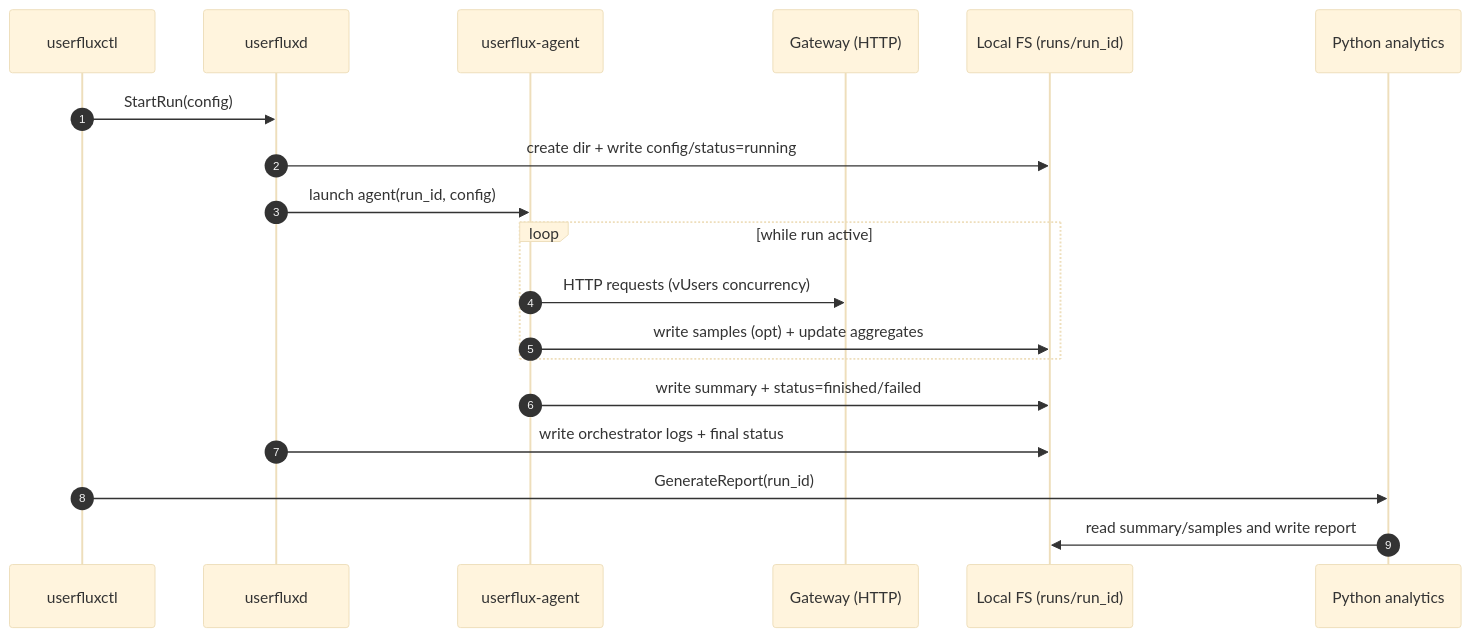
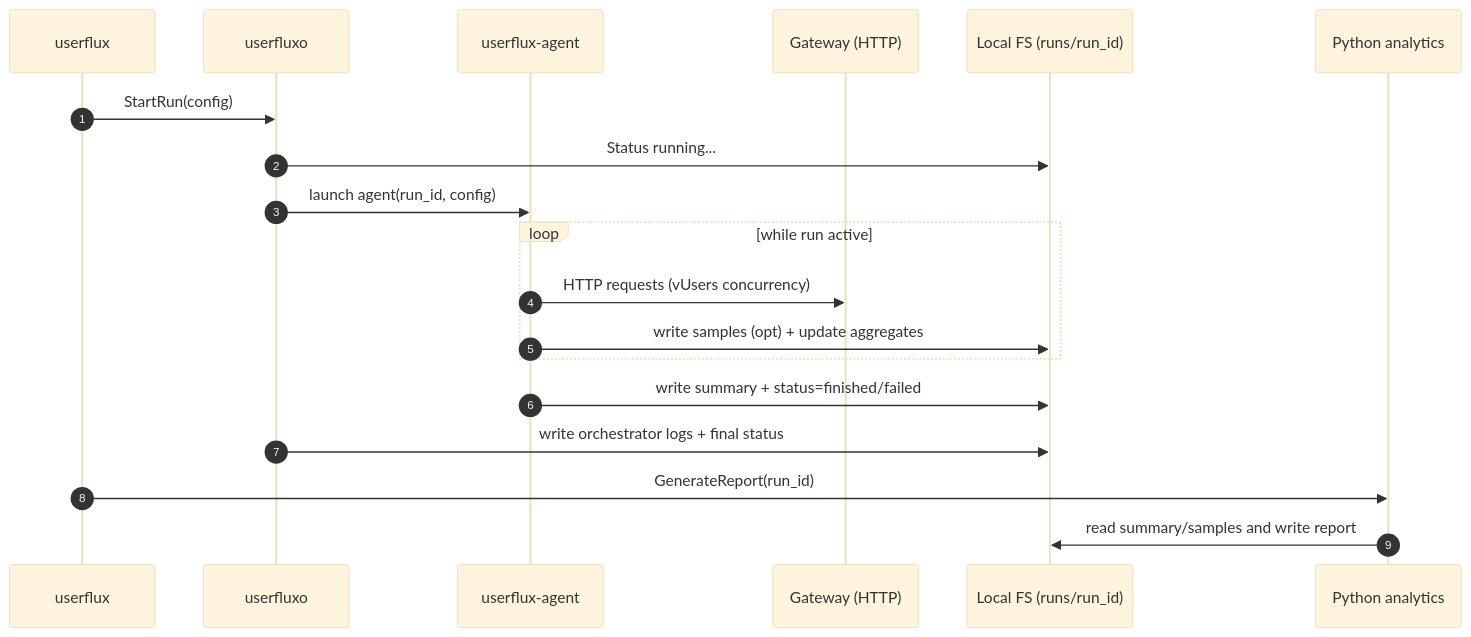
Before and after one commit to andro-kes/userflux: the second of 3 diagrams in docs/architecture.md, drawn with Mermaid (base theme). The commit also changed other lines of this file, not shown here.

Commit message:
Fix data for mermaid in docs

````diff
--- a/docs/architecture.md
+++ b/docs/architecture.md
@@ -35,22 +35,22 @@
 ```mermaid
 sequenceDiagram
-  autonumber
-  participant C as userfluxctl
-  participant D as userfluxd
-  participant A as userflux-agent
-  participant G as Gateway (HTTP)
-  participant F as Local FS (runs/run_id)
-  participant P as Python analytics
+  autonumber
+  participant H as userflux
+  participant O as userfluxo
+  participant A as userflux-agent
+  participant GW as Gateway (HTTP)
+  participant FS as Local FS (runs/run_id)
+  participant PY as Python analytics
 
-  C->>D: StartRun(config)
-  D->>F: create dir + write config/status=running
-  D->>A: launch agent(run_id, config)
-  loop while run active
-    A->>G: HTTP requests (vUsers concurrency)
-    A->>F: write samples (opt) + update aggregates
-  end
-  A->>F: write summary + status=finished/failed
-  D->>F: write orchestrator logs + final status
-  C->>P: GenerateReport(run_id)
-  P->>F: read summary/samples and write report
+  H->>O: StartRun(config)
+  O->>FS: Status running...
+  O->>A: launch agent(run_id, config)
+  loop while run active
+    A->>GW: HTTP requests (vUsers concurrency)
+    A->>FS: write samples (opt) + update aggregates
+  end
+  A->>FS: write summary + status=finished/failed
+  O->>FS: write orchestrator logs + final status
+  H->>PY: GenerateReport(run_id)
+  PY->>FS: read summary/samples and write report
 ```
````
